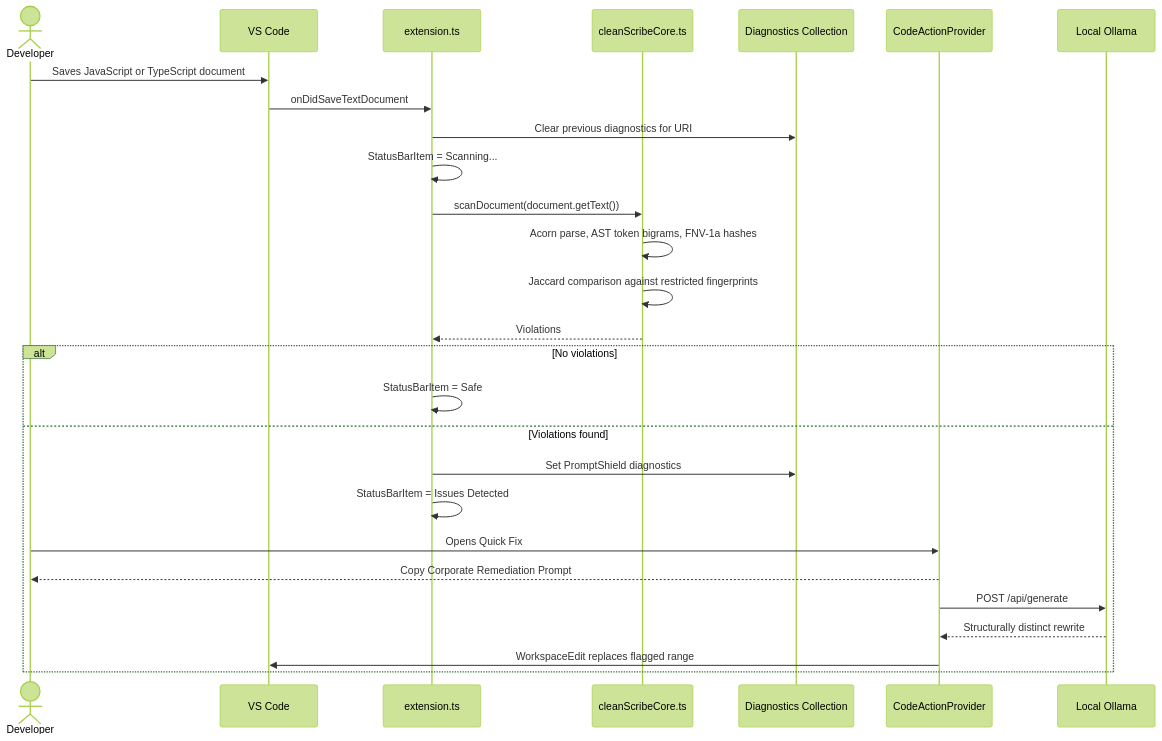
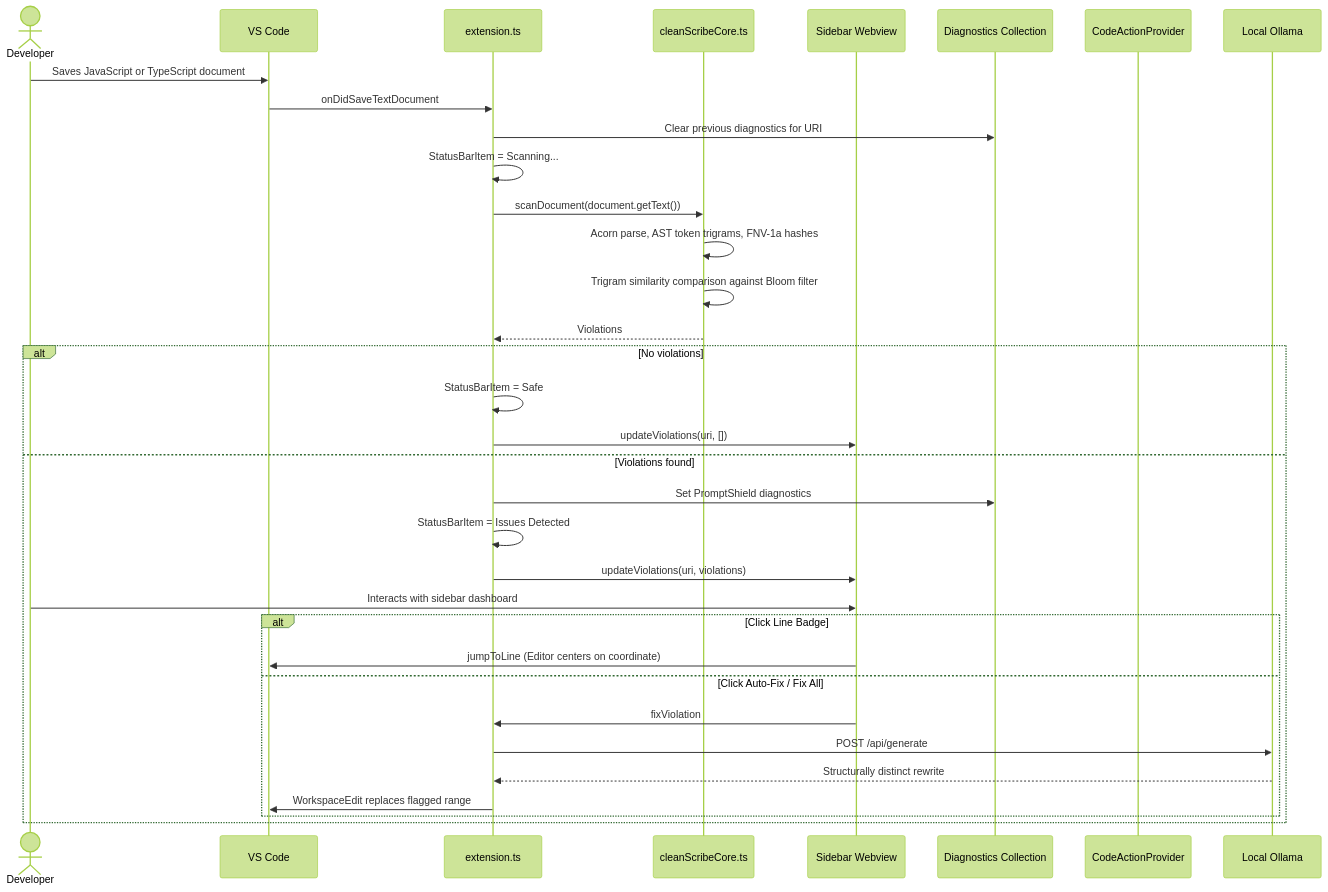
The third of 3 diagrams in README.md (abhayshaw1601/PromptSheild), drawn with Mermaid (forest theme) before and after one commit. The commit also changed other lines of this file and 1 other file, not shown here.

Commit message:
updated arch

````diff
--- a/README.md
+++ b/README.md
@@ -103,30 +105,37 @@
 ```mermaid
 sequenceDiagram
     actor Developer
     participant VSCode as VS Code
     participant Extension as extension.ts
     participant Core as cleanScribeCore.ts
+    participant Sidebar as Sidebar Webview
     participant Problems as Diagnostics Collection
     participant Actions as CodeActionProvider
     participant Ollama as Local Ollama
 
     Developer->>VSCode: Saves JavaScript or TypeScript document
     VSCode->>Extension: onDidSaveTextDocument
     Extension->>Problems: Clear previous diagnostics for URI
     Extension->>Extension: StatusBarItem = Scanning...
     Extension->>Core: scanDocument(document.getText())
-    Core->>Core: Acorn parse, AST token bigrams, FNV-1a hashes
-    Core->>Core: Jaccard comparison against restricted fingerprints
+    Core->>Core: Acorn parse, AST token trigrams, FNV-1a hashes
+    Core->>Core: Trigram similarity comparison against Bloom filter
     Core-->>Extension: Violations
     alt No violations
         Extension->>Extension: StatusBarItem = Safe
+        Extension->>Sidebar: updateViolations(uri, [])
     else Violations found
         Extension->>Problems: Set PromptShield diagnostics
         Extension->>Extension: StatusBarItem = Issues Detected
-        Developer->>Actions: Opens Quick Fix
-        Actions-->>Developer: Copy Corporate Remediation Prompt
-        Actions->>Ollama: POST /api/generate
-        Ollama-->>Actions: Structurally distinct rewrite
-        Actions->>VSCode: WorkspaceEdit replaces flagged range
+        Extension->>Sidebar: updateViolations(uri, violations)
+        Developer->>Sidebar: Interacts with sidebar dashboard
+        alt Click Line Badge
+            Sidebar->>VSCode: jumpToLine (Editor centers on coordinate)
+        else Click Auto-Fix / Fix All
+            Sidebar->>Extension: fixViolation
+            Extension->>Ollama: POST /api/generate
+            Ollama-->>Extension: Structurally distinct rewrite
+            Extension->>VSCode: WorkspaceEdit replaces flagged range
+        end
     end
 ```
````
